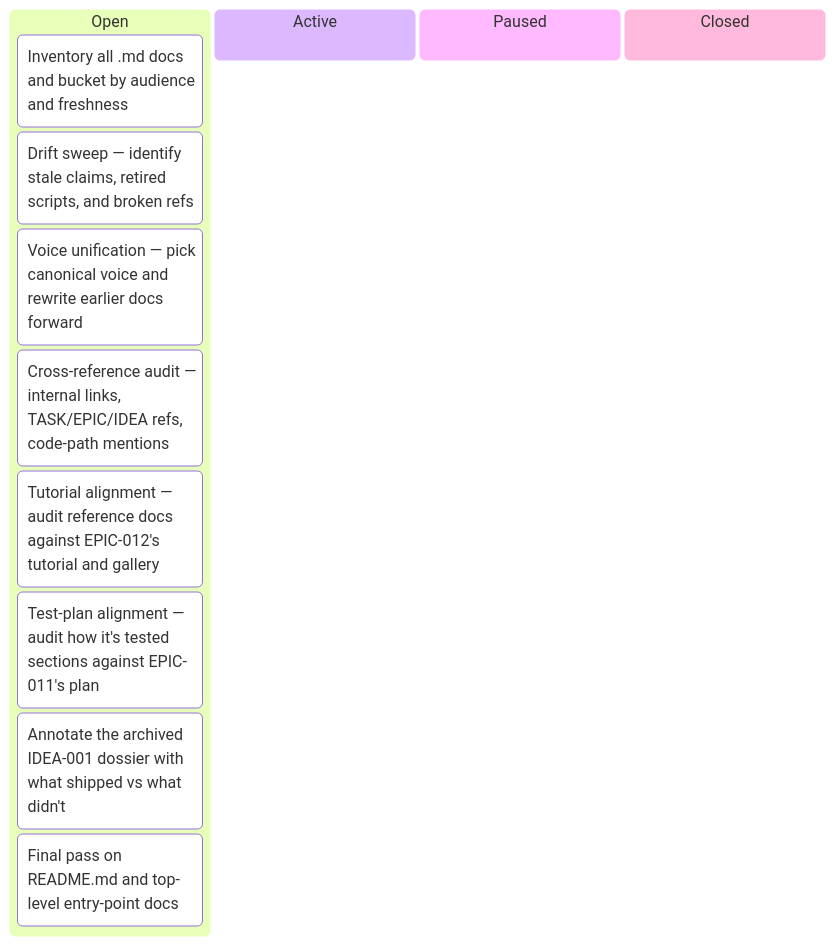
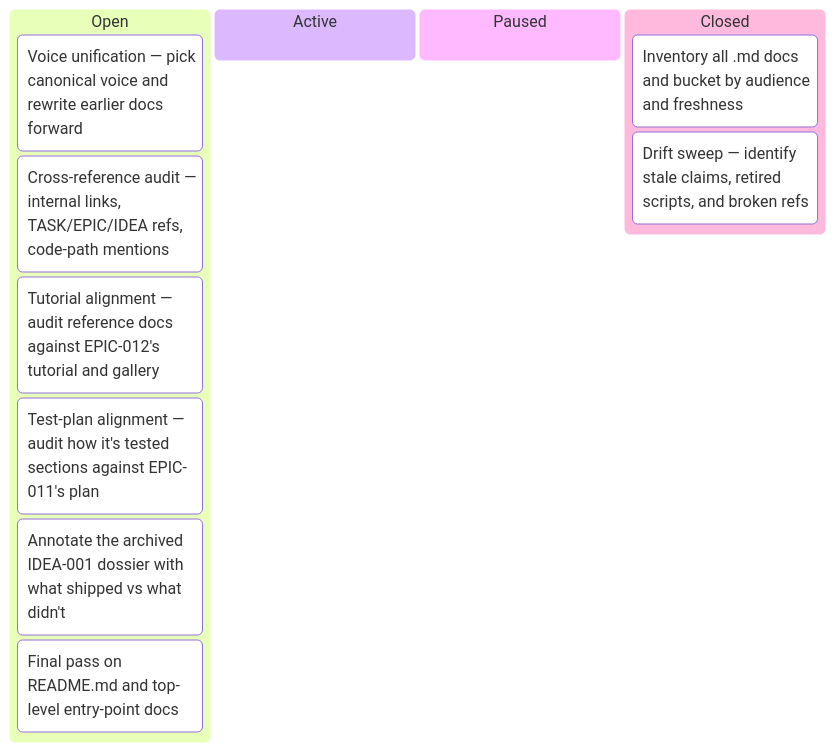
Before and after one commit to tgd1975/CircuitSmith: the second of 3 diagrams in docs/developers/tasks/KANBAN.md, drawn with Mermaid. The commit also changed other lines of this file and 8 other files, not shown here.

First line of the commit message:
close TASK-102, TASK-103: doc-audit inventory + drift catalogue

````diff
--- a/docs/developers/tasks/KANBAN.md
+++ b/docs/developers/tasks/KANBAN.md
@@ -33,15 +33,15 @@
 ```mermaid
 kanban
   Open
-    TASK_102["Inventory all .md docs and bucket by audience and freshness"]
-    TASK_103["Drift sweep — identify stale claims, retired scripts, and broken refs"]
     TASK_104["Voice unification — pick canonical voice and rewrite earlier docs forward"]
     TASK_105["Cross-reference audit — internal links, TASK/EPIC/IDEA refs, code-path mentions"]
     TASK_106["Tutorial alignment — audit reference docs against EPIC-012's tutorial and gallery"]
     TASK_107["Test-plan alignment — audit how it's tested sections against EPIC-011's plan"]
     TASK_108["Annotate the archived IDEA-001 dossier with what shipped vs what didn't"]
     TASK_109["Final pass on README.md and top-level entry-point docs"]
   Active
   Paused
   Closed
+    TASK_102["Inventory all .md docs and bucket by audience and freshness"]
+    TASK_103["Drift sweep — identify stale claims, retired scripts, and broken refs"]
 ```
````
